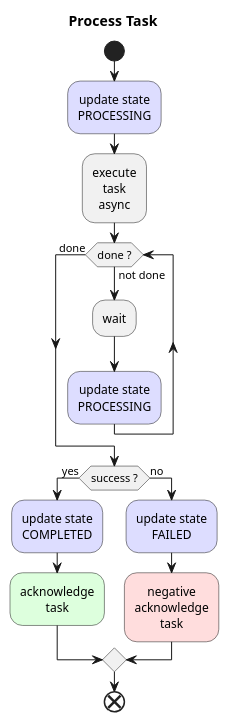
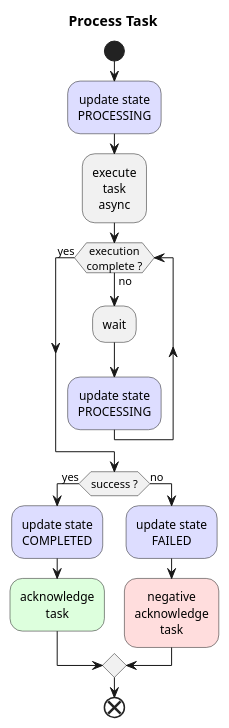
One commit to streamnative/pulsar-recipes changed the diagram in doc/task-process.puml. Above: the diagram before and after it, drawn with PlantUML. The commit also changed 14 other files, not shown here.

```diff
--- a/doc/task-process.puml
+++ b/doc/task-process.puml
@@ -17,23 +17,23 @@
 @startuml
 
 skinparam defaultTextAlignment center
 
 title Process Task
 
 start
 #DDDDFF:update state\nPROCESSING;
 :execute\ntask\nasync;
-while (done ?) is (not done)
+while (execution\ncomplete ?) is (no)
     :wait;
     #DDDDFF:update state\nPROCESSING;
-endwhile (done)
+endwhile (yes)
 if (success ?) then (yes)
     #DDDDFF:update state\nCOMPLETED;
     #DDFFDD:acknowledge\ntask;
 else (no)
     #DDDDFF:update state\nFAILED;
     #FFDDDD:negative\nacknowledge\ntask;
 endif
 end
 
 @enduml
```
